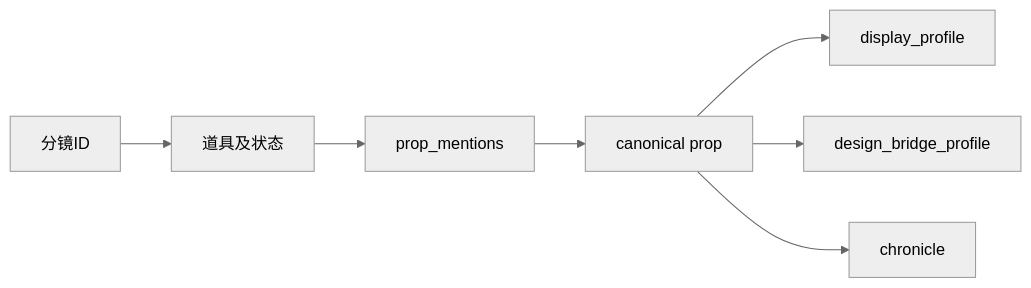
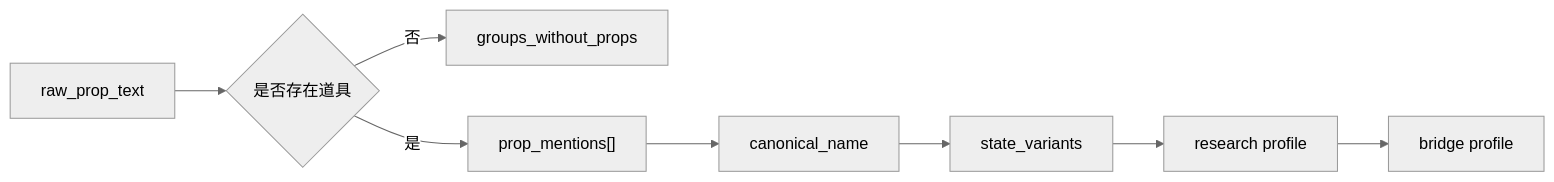
Before and after one commit to ZEN-VOID/AI-CUT: the second of 3 diagrams in .agents/skills/aigc/4-Design/4-道具/1-清单/SKILL.md, drawn with Mermaid (neutral theme). The commit also changed other lines of this file and 182 other files, not shown here.

````diff
--- a/.agents/skills/aigc/4-Design/4-道具/1-清单/SKILL.md
+++ b/.agents/skills/aigc/4-Design/4-道具/1-清单/SKILL.md
@@ -60,9 +71,10 @@
 ```mermaid
 flowchart LR
-    A["分镜ID"] --> B["道具及状态"]
-    B --> C["prop_mentions"]
-    C --> D["canonical prop"]
-    D --> E["display_profile"]
-    D --> F["design_bridge_profile"]
-    D --> G["chronicle"]
+    A["raw_prop_text"] --> B{"是否存在道具"}
+    B -->|"否"| C["groups_without_props"]
+    B -->|"是"| D["prop_mentions[]"]
+    D --> E["canonical_name"]
+    E --> F["state_variants"]
+    F --> G["research profile"]
+    G --> H["bridge profile"]
 ```
````
